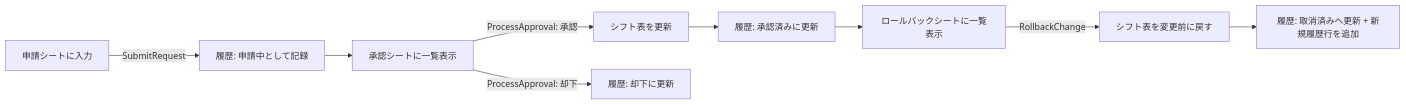
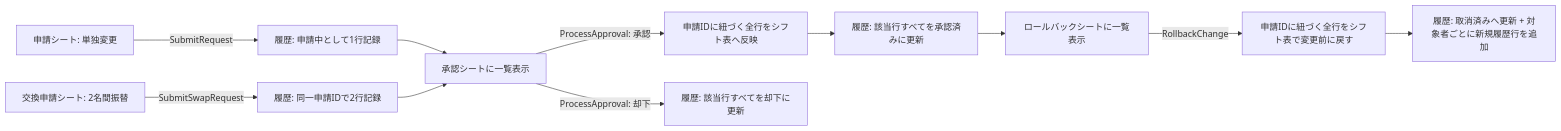
One commit to wkotknr310ajd-ctrl/tknr1 changed the diagram in docs/システム設計.md. Above: the diagram before and after it, drawn with Mermaid. The commit also changed other lines of this file and 10 other files, not shown here.

````diff
--- a/docs/システム設計.md
+++ b/docs/システム設計.md
@@ -22,11 +23,13 @@
 ```mermaid
 flowchart LR
-  A[申請シートに入力] -->|SubmitRequest| B[履歴: 申請中として記録]
+  A1[申請シート: 単独変更] -->|SubmitRequest| B[履歴: 申請中として1行記録]
+  A2[交換申請シート: 2名間振替] -->|SubmitSwapRequest| B2[履歴: 同一申請IDで2行記録]
   B --> C[承認シートに一覧表示]
-  C -->|ProcessApproval: 承認| D[シフト表を更新]
-  D --> E[履歴: 承認済みに更新]
-  C -->|ProcessApproval: 却下| F[履歴: 却下に更新]
+  B2 --> C
+  C -->|ProcessApproval: 承認| D[申請IDに紐づく全行をシフト表へ反映]
+  D --> E[履歴: 該当行すべてを承認済みに更新]
+  C -->|ProcessApproval: 却下| F[履歴: 該当行すべてを却下に更新]
   E --> G[ロールバックシートに一覧表示]
-  G -->|RollbackChange| H[シフト表を変更前に戻す]
-  H --> I[履歴: 取消済みへ更新 + 新規履歴行を追加]
+  G -->|RollbackChange| H[申請IDに紐づく全行をシフト表で変更前に戻す]
+  H --> I[履歴: 取消済みへ更新 + 対象者ごとに新規履歴行を追加]
 ```
````
